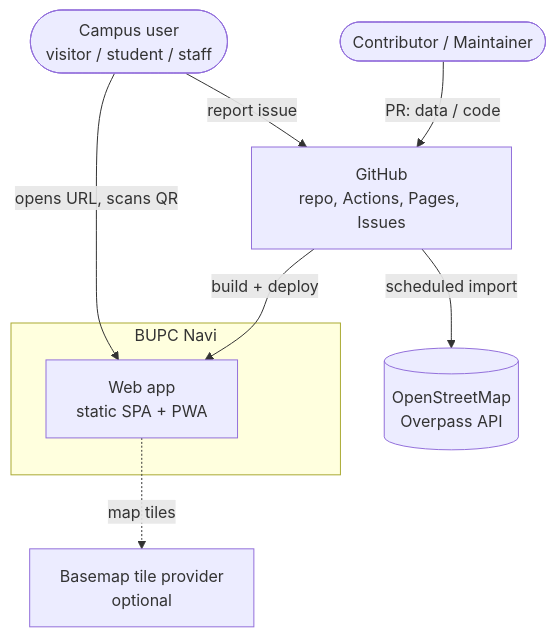
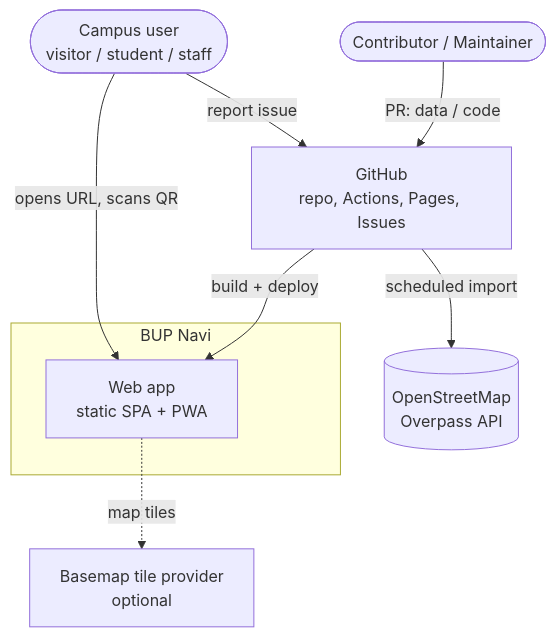
Before and after one commit to BontoJamesRod/bupmapmapmap: the first of 5 diagrams in docs/03-architecture.md, drawn with Mermaid. The commit also changed other lines of this file and 16 other files, not shown here.

First line of the commit message:
chore: rename BUPC Navi to BUP Navi

````diff
--- a/docs/03-architecture.md
+++ b/docs/03-architecture.md
@@ -21,18 +21,18 @@
 ```mermaid
 flowchart TB
   user([Campus user<br/>visitor / student / staff])
   contrib([Contributor / Maintainer])
-  subgraph sys[BUPC Navi]
+  subgraph sys[BUP Navi]
     app[Web app<br/>static SPA + PWA]
   end
   osm[(OpenStreetMap<br/>Overpass API)]
   tiles[Basemap tile provider<br/>optional]
   gh[GitHub<br/>repo, Actions, Pages, Issues]
 
   user -->|opens URL, scans QR| app
   app -.->|map tiles| tiles
   contrib -->|PR: data / code| gh
   gh -->|build + deploy| app
   gh -->|scheduled import| osm
   user -->|report issue| gh
 ```
````
